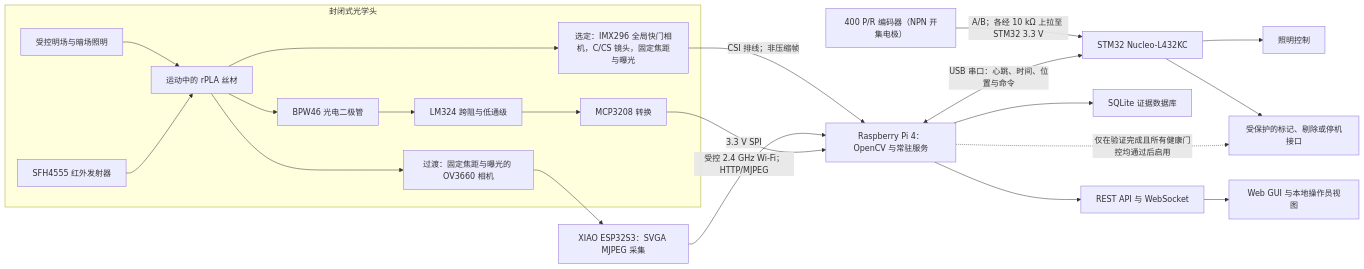
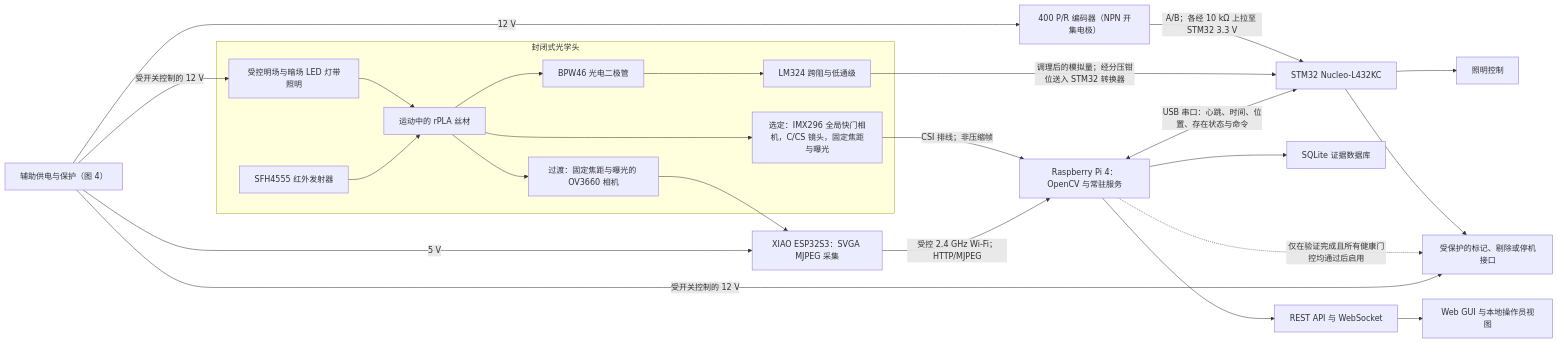
Before and after one commit to wxy331-hub/eng5105-rpla-surface-quality: the first of 4 diagrams in paper_rewriting_output/ENG5105_Proposal_Design_Report_ZH.md, drawn with Mermaid. The commit also changed other lines of this file and 8 other files, not shown here.

````diff
--- a/paper_rewriting_output/ENG5105_Proposal_Design_Report_ZH.md
+++ b/paper_rewriting_output/ENG5105_Proposal_Design_Report_ZH.md
@@ -216,29 +218,33 @@
 ```mermaid
 flowchart LR
     subgraph OH["封闭式光学头"]
         F["运动中的 rPLA 丝材"]
-        L["受控明场与暗场照明"]
+        L["受控明场与暗场 LED 灯带照明"]
         CA["选定：IMX296 全局快门相机，C/CS 镜头，固定焦距与曝光"]
         CB["过渡：固定焦距与曝光的 OV3660 相机"]
         IR["SFH4555 红外发射器"]
         PD["BPW46 光电二极管"]
         AF["LM324 跨阻与低通级"]
-        ADC["MCP3208 转换"]
         F --> CA
         F --> CB
         L --> F
-        IR --> F --> PD --> AF --> ADC
+        IR --> F --> PD --> AF
     end
     CA -->|"CSI 排线；非压缩帧"| P["Raspberry Pi 4：OpenCV 与常驻服务"]
     CB --> E["XIAO ESP32S3：SVGA MJPEG 采集"]
     E -->|"受控 2.4 GHz Wi-Fi；HTTP/MJPEG"| P
-    ADC -->|"3.3 V SPI"| P
     EN["400 P/R 编码器（NPN 开集电极）"] -->|"A/B；各经 10 kΩ 上拉至 STM32 3.3 V"| S["STM32 Nucleo-L432KC"]
-    P <-->|"USB 串口：心跳、时间、位置与命令"| S
+    AF -->|"调理后的模拟量；经分压钳位送入 STM32 转换器"| S
+    P <-->|"USB 串口：心跳、时间、位置、存在状态与命令"| S
     P --> D["SQLite 证据数据库"]
     P --> A["REST API 与 WebSocket"]
     A --> G["Web GUI 与本地操作员视图"]
     S --> LC["照明控制"]
     S --> O["受保护的标记、剔除或停机接口"]
     P -. "仅在验证完成且所有健康门控均通过后启用" .-> O
+    PWR["辅助供电与保护（图 4）"]
+    PWR -->|"5 V"| E
+    PWR -->|"受开关控制的 12 V"| O
+    PWR -->|"受开关控制的 12 V"| L
+    PWR -->|"12 V"| EN
 ```
````
